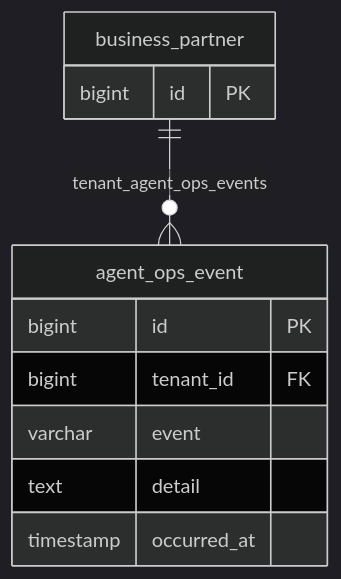
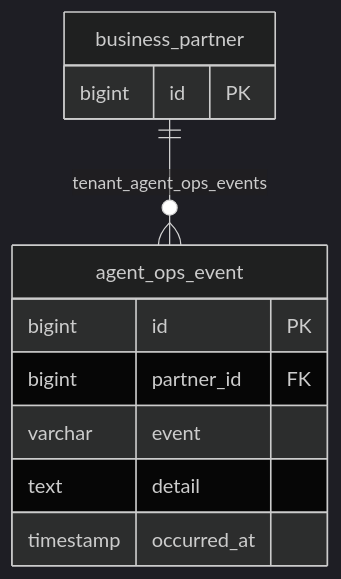
Diagram 14 of 18 in doc/database.md (nauticana/scout), drawn with Mermaid (dark theme) before and after one commit. The commit also changed other lines of this file and 163 other files, not shown here.

Commit message:
Partner-scoped tenant tables, a registration catalog, tenant-aware tool listing

````diff
--- a/doc/database.md
+++ b/doc/database.md
@@ -1231,15 +1232,15 @@
 ```mermaid
 erDiagram
     business_partner ||--o{ agent_ops_event : tenant_agent_ops_events
 
     agent_ops_event {
         bigint id PK
-        bigint tenant_id FK
+        bigint partner_id FK
         varchar event
         text detail
         timestamp occurred_at
     }
     business_partner {
         bigint id PK
     }
 ```
````
